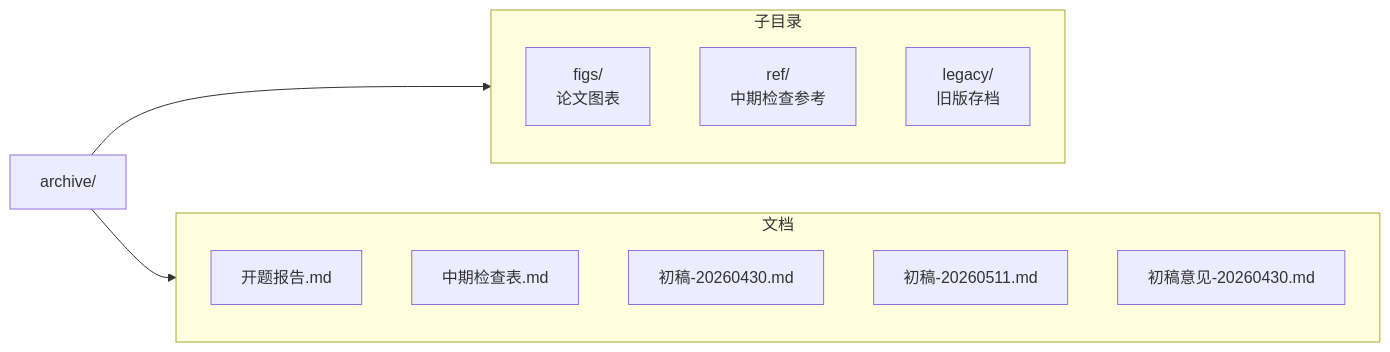
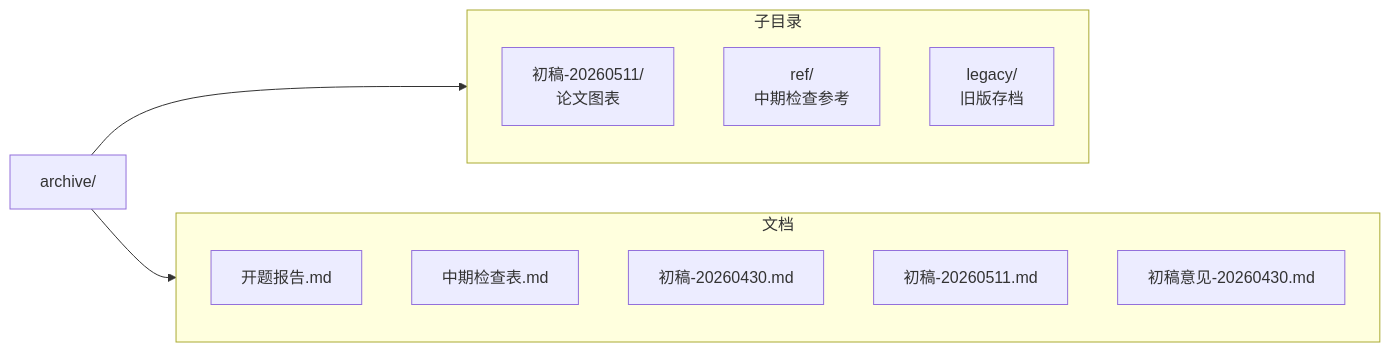
The diagram in archive/AGENTS.md (MiyakoMeow/DrivePal), drawn with Mermaid before and after one commit. The commit also changed 8 other files, not shown here.

````diff
--- a/archive/AGENTS.md
+++ b/archive/AGENTS.md
@@ -7,18 +7,18 @@
 ```mermaid
 flowchart LR
     A["archive/"]
     subgraph Dir["子目录"]
-        FIGS["figs/<br/>论文图表"]
+        FIGS["初稿-20260511/<br/>论文图表"]
         REF["ref/<br/>中期检查参考"]
         LEG["legacy/<br/>旧版存档"]
     end
     subgraph Docs["文档"]
         KT["开题报告.md"]
         ZQ["中期检查表.md"]
         CG1["初稿-20260430.md"]
         CG2["初稿-20260511.md"]
         YJ["初稿意见-20260430.md"]
     end
     A --> Dir
     A --> Docs
 ```
````
